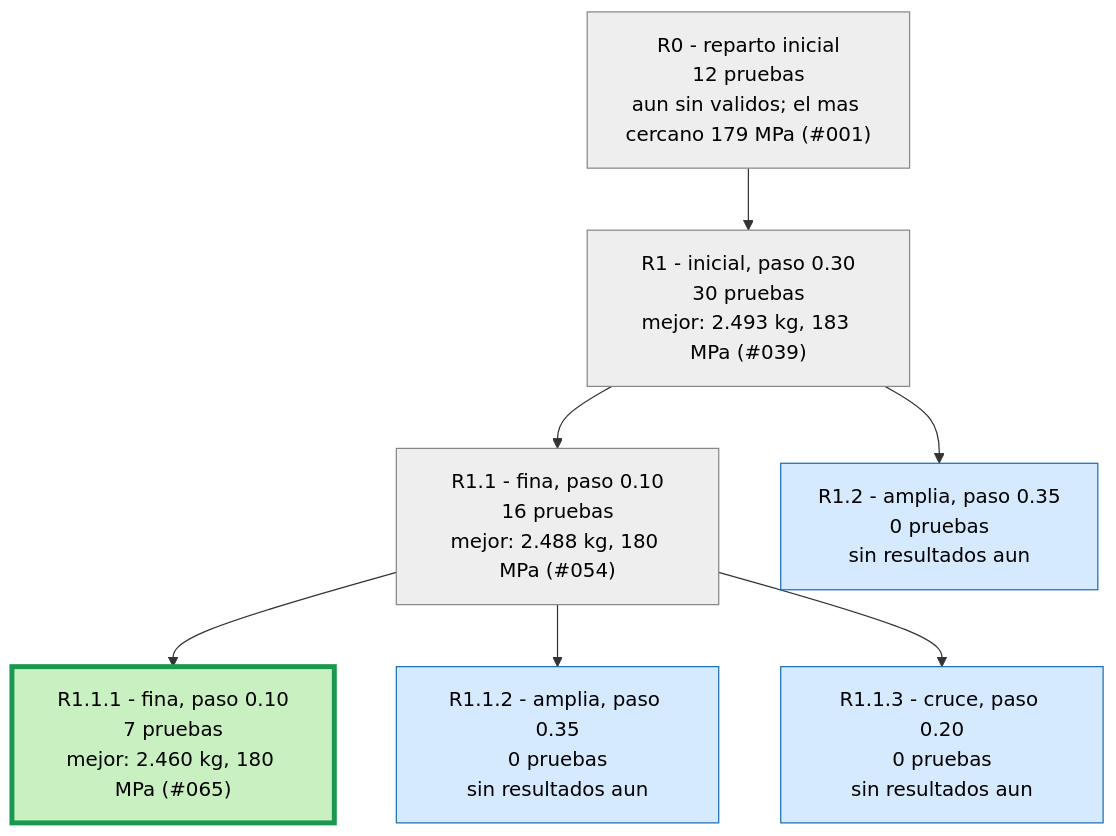
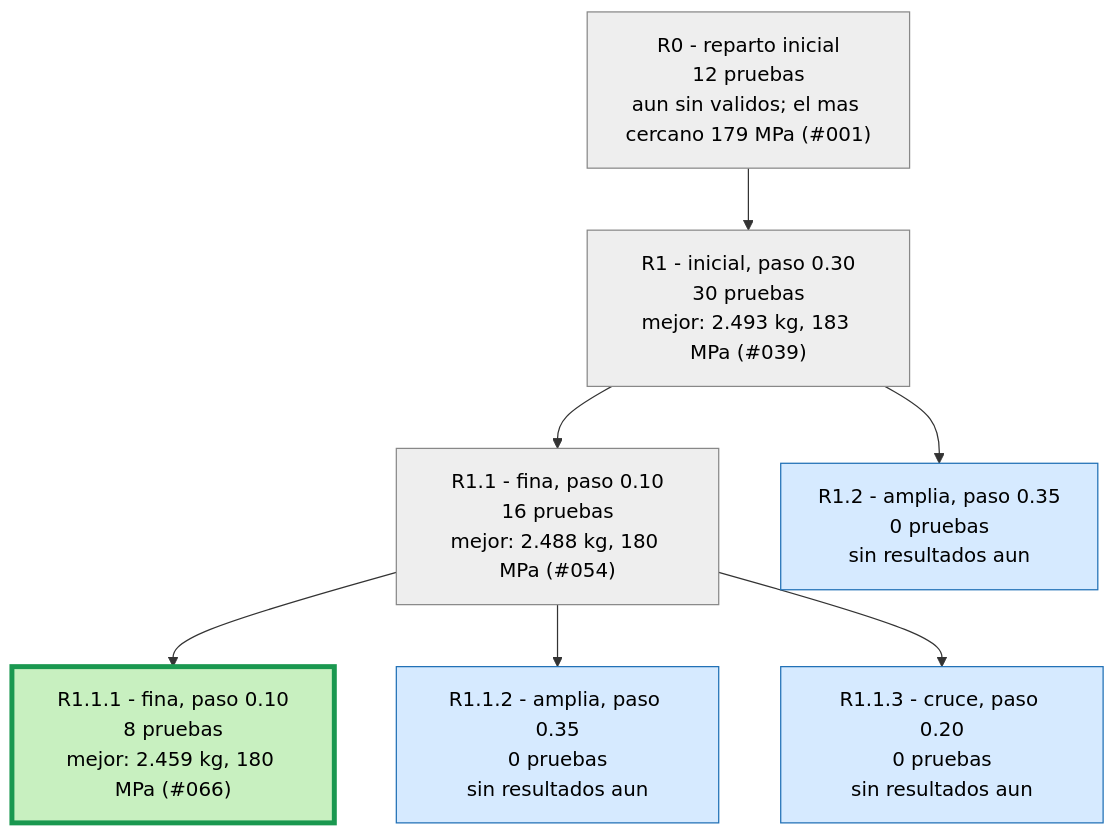
One commit to Hugiko/msd-soporte-optimizacion changed the second of 3 diagrams in runs/opt_37800N/ARBOL.md. Above: the diagram before and after it, drawn with Mermaid. The commit also changed 43 other files, not shown here.

Commit message:
NUEVO MEJOR DISENO: 2.459 kg, 180 MPa (Refuerzo + vaciado 066)

````diff
--- a/runs/opt_37800N/ARBOL.md
+++ b/runs/opt_37800N/ARBOL.md
@@ -25,19 +25,19 @@
 ```mermaid
 graph TD
 classDef activa fill:#d6eaff,stroke:#1f6fb5,color:#000
 classDef fin fill:#eeeeee,stroke:#888,color:#000
 classDef mejor fill:#c8f0c0,stroke:#1a9850,stroke-width:4px,color:#000
 R0["R0 - reparto inicial<br/>12 pruebas<br/>aun sin validos; el mas cercano 179 MPa (#001)"]:::fin
 R1["R1 - inicial, paso 0.30<br/>30 pruebas<br/>mejor: 2.493 kg, 183 MPa (#039)"]:::fin
 R0 --> R1
 R1_1["R1.1 - fina, paso 0.10<br/>16 pruebas<br/>mejor: 2.488 kg, 180 MPa (#054)"]:::fin
 R1 --> R1_1
 R1_2["R1.2 - amplia, paso 0.35<br/>0 pruebas<br/>sin resultados aun"]:::activa
 R1 --> R1_2
-R1_1_1["R1.1.1 - fina, paso 0.10<br/>7 pruebas<br/>mejor: 2.460 kg, 180 MPa (#065)"]:::mejor
+R1_1_1["R1.1.1 - fina, paso 0.10<br/>8 pruebas<br/>mejor: 2.459 kg, 180 MPa (#066)"]:::mejor
 R1_1 --> R1_1_1
 R1_1_2["R1.1.2 - amplia, paso 0.35<br/>0 pruebas<br/>sin resultados aun"]:::activa
 R1_1 --> R1_1_2
 R1_1_3["R1.1.3 - cruce, paso 0.20<br/>0 pruebas<br/>sin resultados aun"]:::activa
 R1_1 --> R1_1_3
 ```
````
